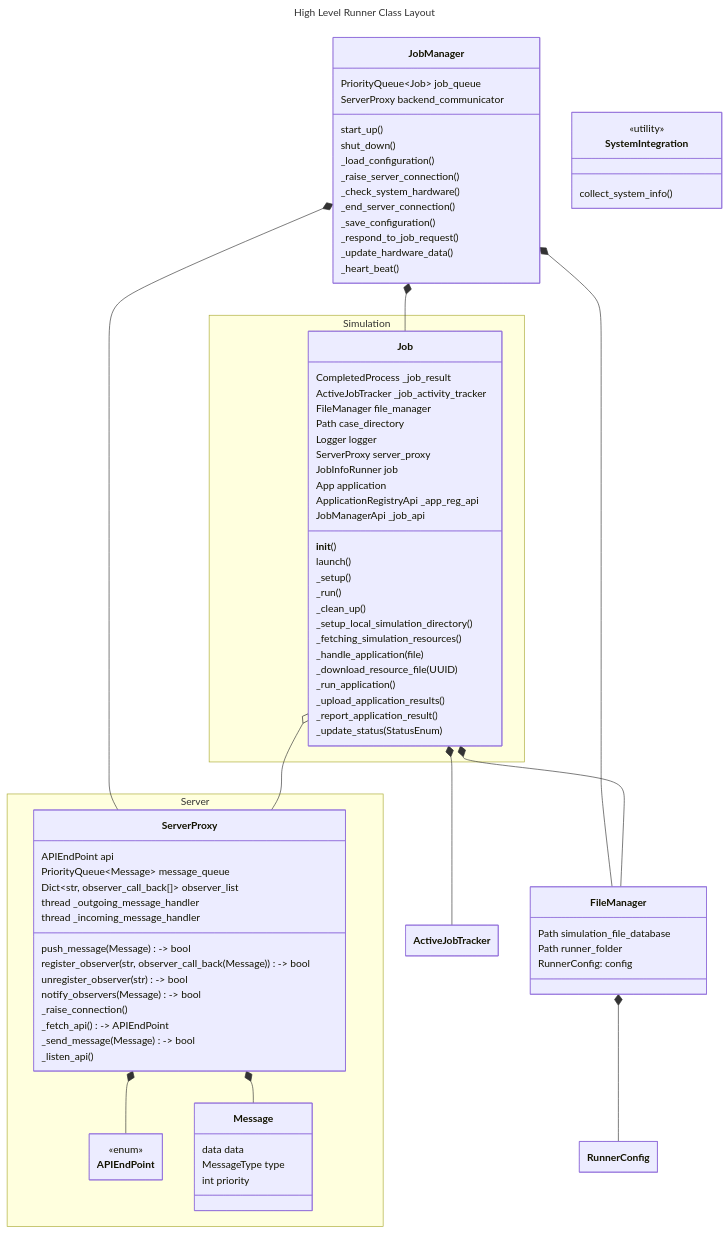
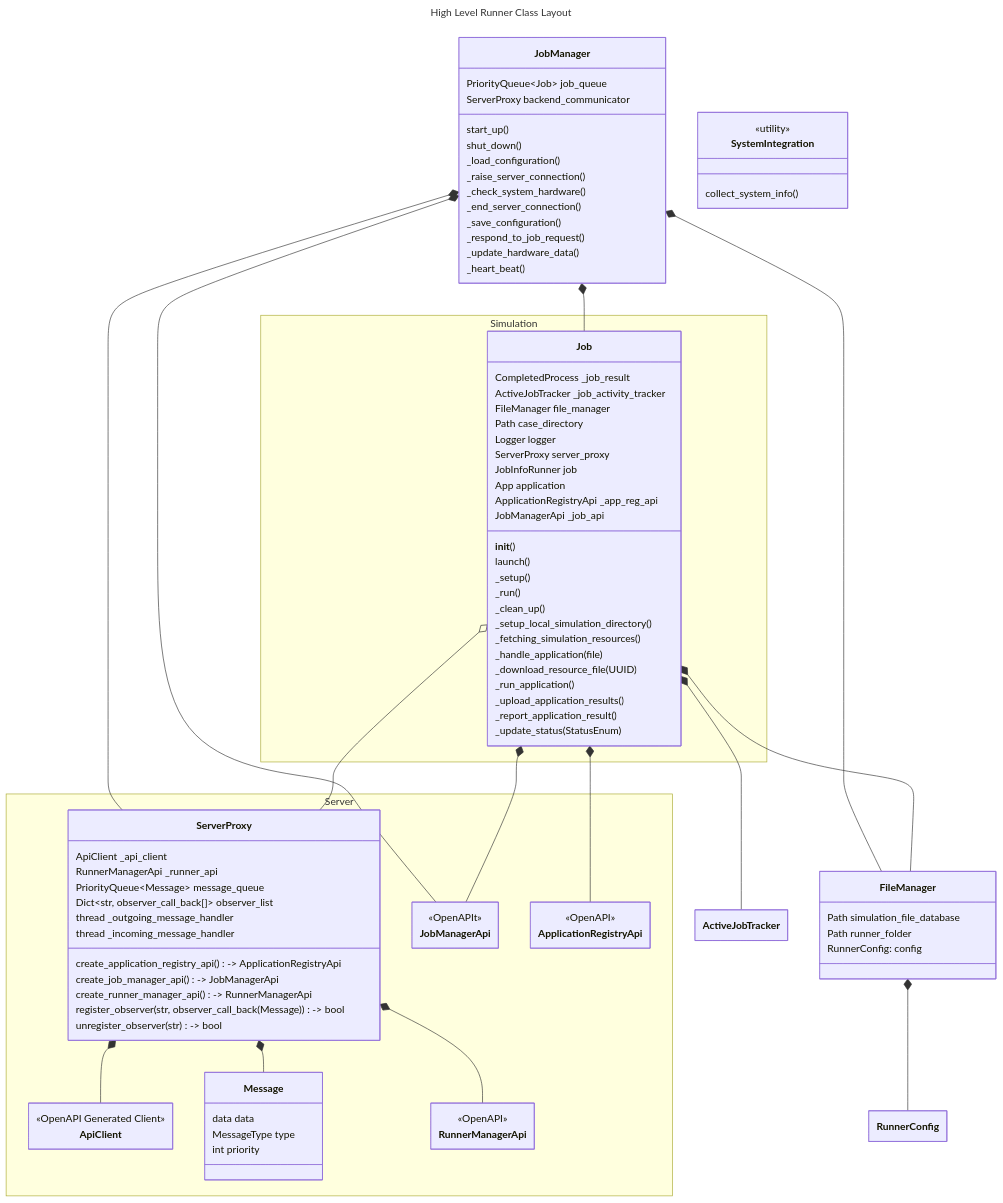
Before and after one commit to fyn-tech/fyn-runner: the diagram in docs/primary_design.md, drawn with Mermaid.

Commit message:
- server_proxy graph update in doc.

```diff
--- a/docs/primary_design.md
+++ b/docs/primary_design.md
@@ -85,13 +85,17 @@
   JobManager *--Job
   JobManager *--ServerProxy
   JobManager *-- FileManager
+  JobManager *-- JobManagerApi
 
   Job o-- ServerProxy
   Job *-- FileManager
   Job *-- ActiveJobTracker
-
-  ServerProxy *-- APIEndPoint
+  Job *-- ApplicationRegistryApi
+  Job *-- JobManagerApi
+    
+  ServerProxy *-- ApiClient
   ServerProxy *-- Message
+  ServerProxy *-- RunnerManagerApi
 
   FileManager *-- RunnerConfig
 
@@ -182,28 +186,37 @@
   namespace Server {
     class ServerProxy {
       %% Attributes:
-      APIEndPoint api
+      ApiClient _api_client
+      RunnerManagerApi _runner_api
       PriorityQueue~Message~ message_queue
       Dict~str, observer_call_back[]~ observer_list
       thread _outgoing_message_handler
       thread _incoming_message_handler
 
       %% Method:
-      push_message(Message) -> bool
+      create_application_registry_api() -> ApplicationRegistryApi
+      create_job_manager_api() -> JobManagerApi
+      create_runner_manager_api() -> RunnerManagerApi
       register_observer(str, observer_call_back(Message)) -> bool
       unregister_observer(str) -> bool
-      notify_observers(Message) -> bool
-
-      %% Backend communication
-      _raise_connection()
-      _fetch_api() -> APIEndPoint
-      _send_message(Message) -> bool
-      _listen_api()
     }
 
-    class APIEndPoint {
-      <<enum>>
+    class ApiClient {
+      <<OpenAPI Generated Client>>
     }
+
+    class ApplicationRegistryApi {
+      <<OpenAPI>>
+    }
+
+    class JobManagerApi {
+      <<OpenAPIt>>
+    }
+
+    class RunnerManagerApi {
+      <<OpenAPI>>
+    }
+
 
     class Message {
       data data
```
